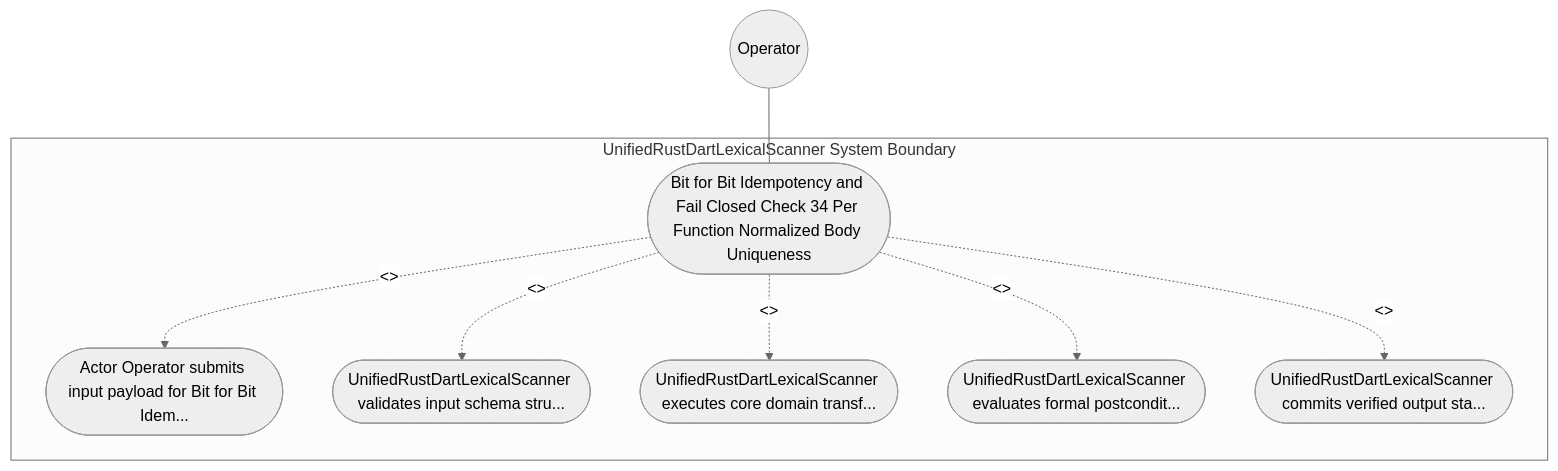
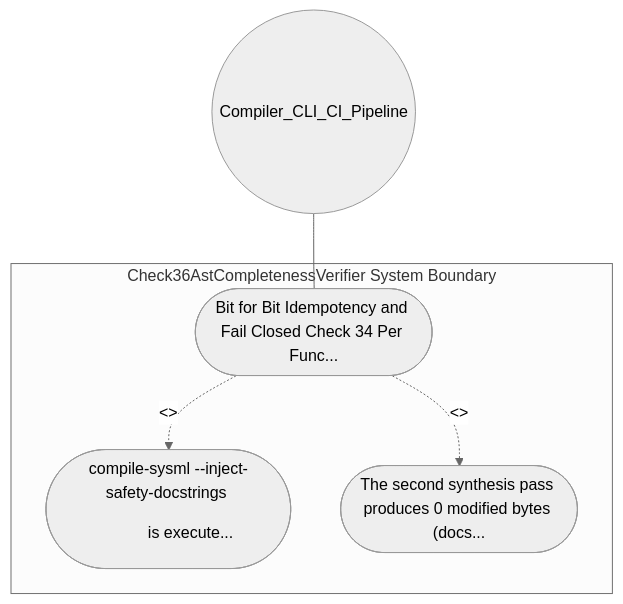
Before and after one commit to gintatkinson/DEAP01-spec-core: the diagram in .pipeline/upstream/docs/use-cases/UC-24-Bit_for_Bit_Idempotency_and_Fail_Closed_Check_34_Per_Function_Normalized_Body_Uniqueness.md, drawn with Mermaid (neutral theme). The commit also changed other lines of this file and 213 other files, not shown here.

````diff
--- a/.pipeline/upstream/docs/use-cases/UC-24-Bit_for_Bit_Idempotency_and_Fail_Closed_Check_34_Per_Function_Normalized_Body_Uniqueness.md
+++ b/.pipeline/upstream/docs/use-cases/UC-24-Bit_for_Bit_Idempotency_and_Fail_Closed_Check_34_Per_Function_Normalized_Body_Uniqueness.md
@@ -16,17 +16,11 @@
 ```mermaid
 graph TD
-    subgraph "UnifiedRustDartLexicalScanner System Boundary"
-        UC_Main(["Bit for Bit Idempotency and Fail Closed Check 34 Per Function Normalized Body Uniqueness"])
-        UC_Step01(["Actor Operator submits input payload for Bit for Bit Idem..."])
-        UC_Step02(["UnifiedRustDartLexicalScanner validates input schema stru..."])
-        UC_Step03(["UnifiedRustDartLexicalScanner executes core domain transf..."])
-        UC_Step04(["UnifiedRustDartLexicalScanner evaluates formal postcondit..."])
-        UC_Step05(["UnifiedRustDartLexicalScanner commits verified output sta..."])
+    subgraph "Check36AstCompletenessVerifier System Boundary"
+        UC_Main(["Bit for Bit Idempotency and Fail Closed Check 34 Per Func..."])
+        UC_Step01(["compile-sysml --inject-safety-docstrings <DIR> is execute..."])
+        UC_Step02(["The second synthesis pass produces 0 modified bytes (docs..."])
     end
-    Operator(("Operator")) --- UC_Main
+    Compiler_CLI_CI_Pipeline(("Compiler_CLI_CI_Pipeline")) --- UC_Main
     UC_Main -. "<<include>>" .-> UC_Step01
     UC_Main -. "<<include>>" .-> UC_Step02
-    UC_Main -. "<<include>>" .-> UC_Step03
-    UC_Main -. "<<include>>" .-> UC_Step04
-    UC_Main -. "<<include>>" .-> UC_Step05
 ```
````
